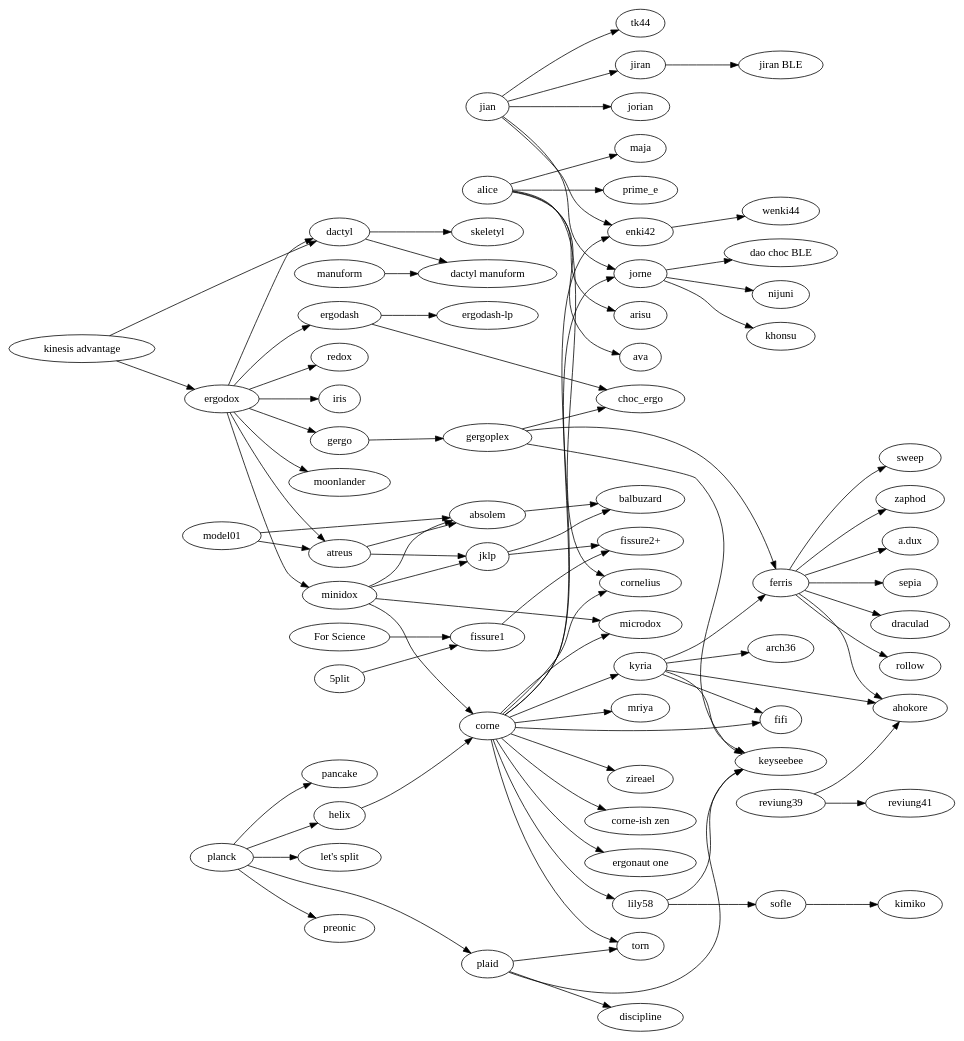
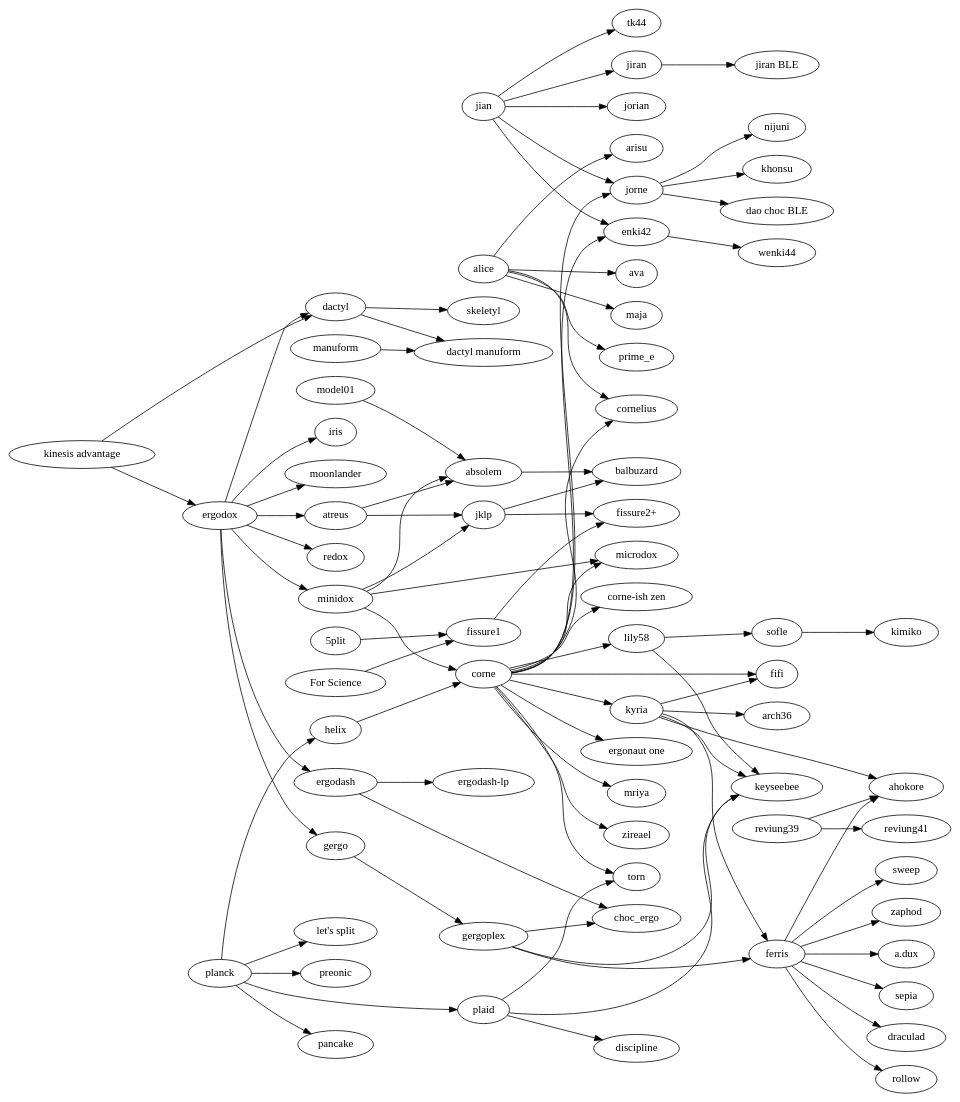
The diagram in tree.gv (joric/graph), drawn with Graphviz before and after one commit.

```diff
--- a/tree.gv
+++ b/tree.gv
@@ -1,155 +1,154 @@
 digraph {
   rankdir=LR;
 
   subgraph splits {
     helix -> corne;
     enki42->wenki44;
     jiran->"jiran BLE";
 
     jian -> {
       jorian;
       jorne;
       jiran;
       enki42;
       tk44;
     }
 
     jorne -> {
       nijuni;
       khonsu;
       "dao choc BLE";
     }
 
     corne -> {
       "corne-ish zen";
       cornelius;
       fifi;
       kyria;
       lily58;
       microdox;
       torn;
       jorne;
       "ergonaut one";
       mriya;
       zireael;
       enki42;
     };
 
     lily58 -> {
       keyseebee;
       sofle;
     };
 
     kyria -> {
         ahokore;
         arch36;
         ferris;
         fifi;
         keyseebee;
     };
 
     "kinesis advantage" -> {
       ergodox;
       dactyl;
     };
 
     ergodox -> {
       atreus;
       dactyl;
       ergodash;
       gergo;
       iris;
       minidox;
       moonlander;
       redox;
     };
 
     ergodash -> {
       "ergodash-lp";
       choc_ergo;
     };
 
     gergo -> gergoplex;
     gergoplex -> {
       choc_ergo;
       ferris;
       keyseebee;
     };
 
     ferris -> {
       ahokore;
       sepia;
       draculad;
       rollow;
       sweep;
       zaphod;
       "a.dux";
     };
 
     manuform -> "dactyl manuform";
 
     minidox -> {
       absolem;
       corne;
       microdox;
       jklp;
     };
 
     model01 -> {
       absolem;
-      atreus;
     };
 
     sofle -> kimiko;
 
     "5plit" -> "fissure1";
     "For Science" -> "fissure1";
     fissure1 -> "fissure2+";
     jklp -> "fissure2+";
   }
 
   subgraph unibody {
     atreus -> {
       absolem;
       jklp;
     };
     jklp -> balbuzard;
     absolem -> balbuzard;
     reviung39 -> {
       ahokore;
       reviung41;
     };
   };
 
   subgraph ortholinear {
     plaid -> {
       discipline;
       keyseebee;
       torn;
     };
     planck -> {
       helix;
       "let's split";
       plaid;
       preonic;
       pancake;
     };
   }
 
   subgraph {
     dactyl -> {
       "dactyl manuform";
       skeletyl;
     }
   }
 
   subgraph alicefamily {
     alice -> {
       arisu;
       ava;
       cornelius;
       maja;
       prime_e;
     }
   }
 }
```
